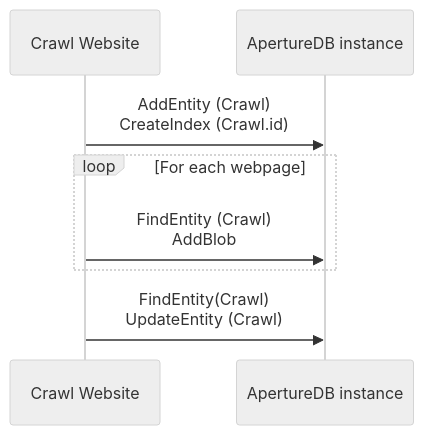
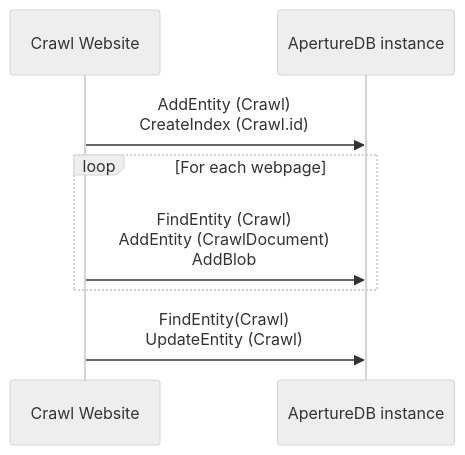
Before and after one commit to aperture-data/workflows: the second of 2 diagrams in apps/crawl-website/README.md, drawn with Mermaid (neutral theme). The commit also changed other lines of this file and 13 other files, not shown here.

````diff
--- a/apps/crawl-website/README.md
+++ b/apps/crawl-website/README.md
@@ -31,10 +33,10 @@
 ```mermaid
 sequenceDiagram
     participant W as Crawl Website
     participant A as ApertureDB instance
     W->>A: AddEntity (Crawl)<br/>CreateIndex (Crawl.id)
     loop For each webpage
-        W->>A: FindEntity (Crawl)<br/>AddBlob
+        W->>A: FindEntity (Crawl)<br/>AddEntity (CrawlDocument)<br/>AddBlob
     end
     W->>A: FindEntity(Crawl)<br/>UpdateEntity (Crawl)
 ```
````
